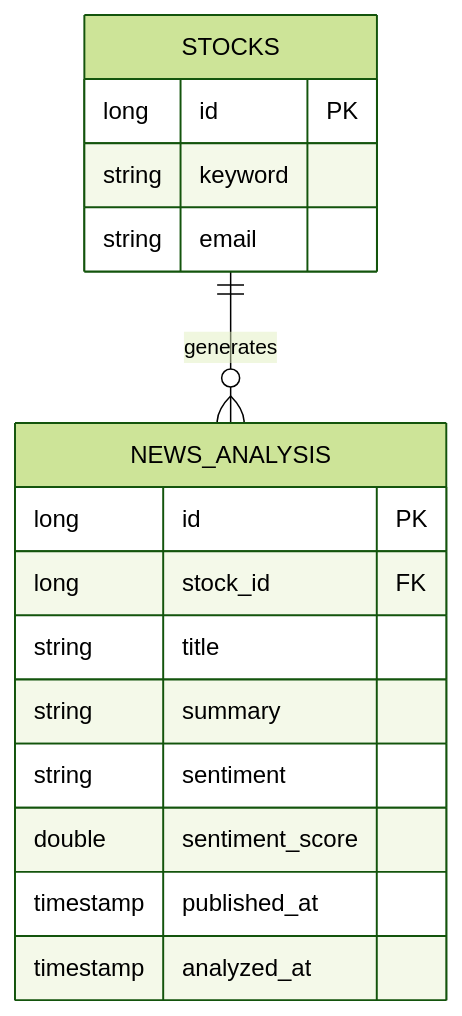
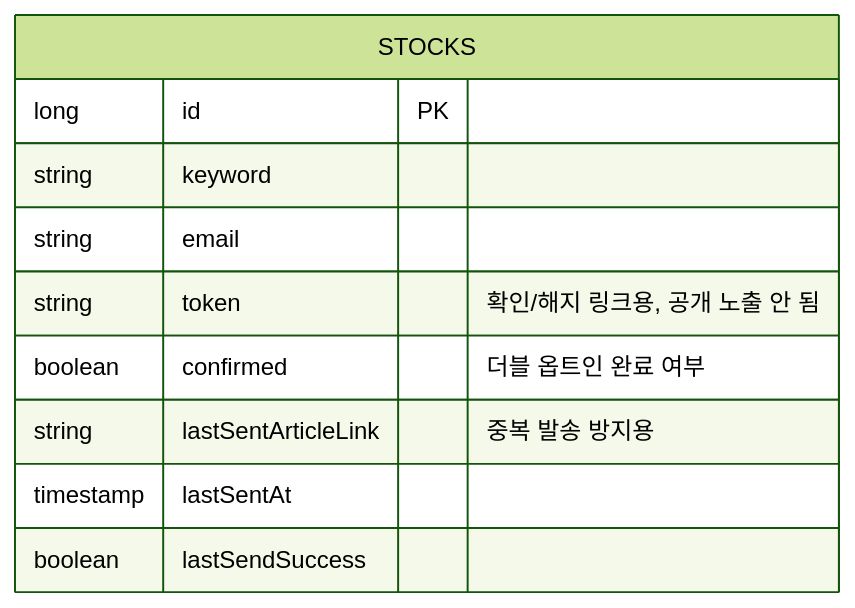
The diagram in README.md (cheongcel/stockpulse), drawn with Mermaid (forest theme) before and after one commit. The commit also changed other lines of this file and 4 other files, not shown here.

````diff
--- a/README.md
+++ b/README.md
@@ -119,20 +139,13 @@
 ```mermaid
 erDiagram
-    STOCKS ||--o{ NEWS_ANALYSIS : generates
- 
     STOCKS {
         long id PK
         string keyword
         string email
-    }
-    NEWS_ANALYSIS {
-        long id PK
-        long stock_id FK
-        string title
-        string summary
-        string sentiment
-        double sentiment_score
-        timestamp published_at
-        timestamp analyzed_at
+        string token "확인/해지 링크용, 공개 노출 안 됨"
+        boolean confirmed "더블 옵트인 완료 여부"
+        string lastSentArticleLink "중복 발송 방지용"
+        timestamp lastSentAt
+        boolean lastSendSuccess
     }
 ```
````
